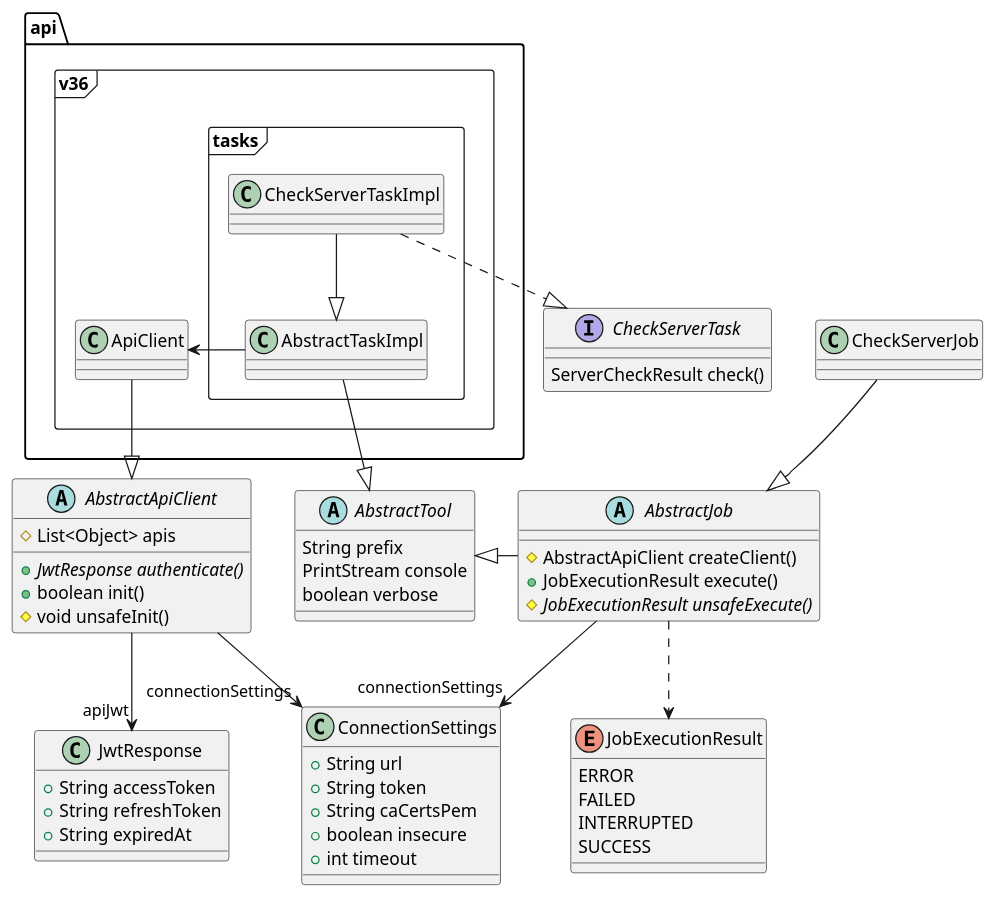
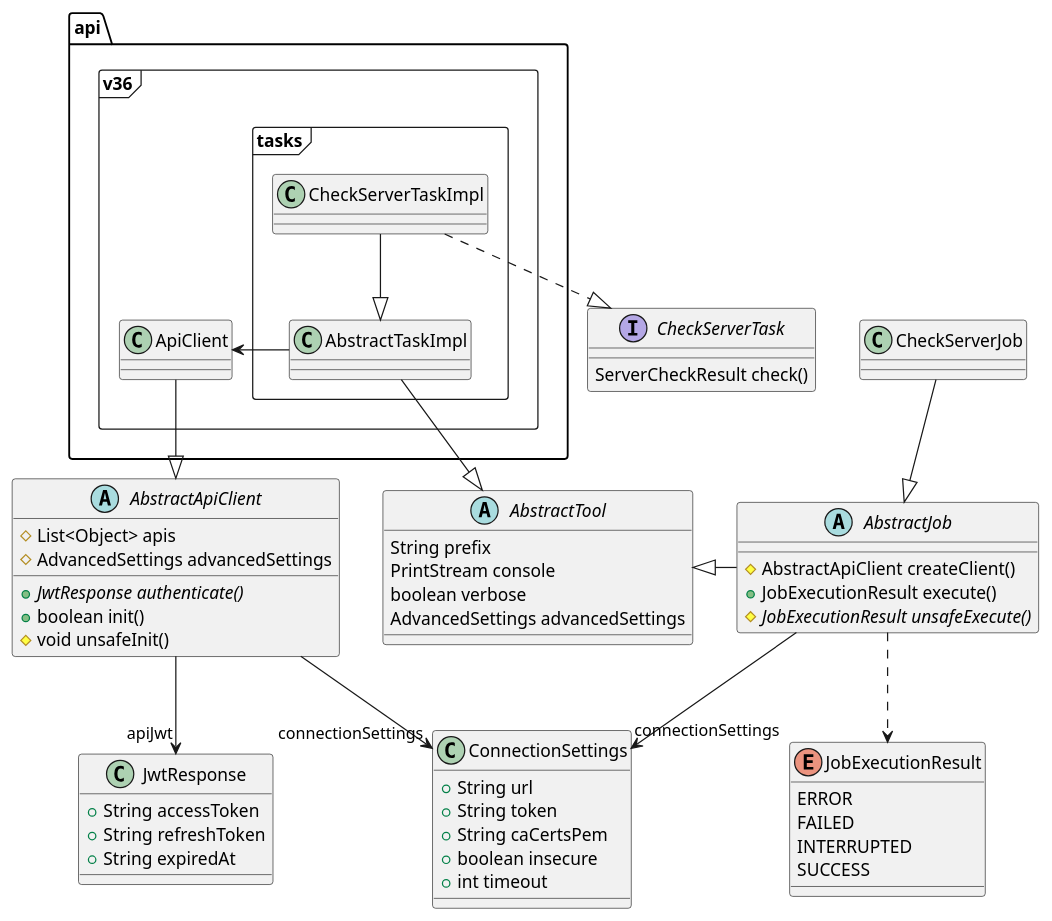
Before and after one commit to ZhukovAN/ptai-ee-tools: the diagram in generic-client-lib/docs/uml/tasks-and-jobs.puml, drawn with PlantUML. The commit also changed 35 other files, not shown here.

```diff
--- a/generic-client-lib/docs/uml/tasks-and-jobs.puml
+++ b/generic-client-lib/docs/uml/tasks-and-jobs.puml
@@ -1,78 +1,79 @@
 @startuml
 class ConnectionSettings {
     +String url
     +String token
     +String caCertsPem
     +boolean insecure
     +int timeout
 }
 
 class JwtResponse {
     +String accessToken
     +String refreshToken
     +String expiredAt
 }
 
 abstract class AbstractTool {
     String prefix
     PrintStream console
     boolean verbose
+    AdvancedSettings advancedSettings
 }
 
 enum JobExecutionResult {
     ERROR
     FAILED
     INTERRUPTED
     SUCCESS
 }
 
 abstract class AbstractJob {
     # AbstractApiClient createClient()
     + JobExecutionResult execute()
     # {abstract} JobExecutionResult unsafeExecute()
 }
 
 AbstractJob -left-|> AbstractTool
 
-
 class CheckServerJob {
 }
 
 CheckServerJob --|> AbstractJob
 
 abstract class AbstractApiClient {
     # List<Object> apis
+    # AdvancedSettings advancedSettings
     + {abstract} JwtResponse authenticate()
     + boolean init()
     # void unsafeInit()
 }
 
 AbstractApiClient -right[hidden]-|> AbstractTool
 
 interface CheckServerTask {
     ServerCheckResult check()
 }
 
 
 package api.v36 <<Frame>> {
     class ApiClient
 
     package tasks <<Frame>> {
         class CheckServerTaskImpl
         CheckServerTaskImpl --|> AbstractTaskImpl
         CheckServerTaskImpl ..|> CheckServerTask
 
         class AbstractTaskImpl
         AbstractTaskImpl --|> AbstractTool
     }
 }
 ApiClient --|> AbstractApiClient
 AbstractTaskImpl -left-> ApiClient
 
 AbstractApiClient --> "apiJwt" JwtResponse
 AbstractJob .down.> JobExecutionResult
 
 AbstractApiClient --> "connectionSettings" ConnectionSettings
 AbstractJob --> "connectionSettings" ConnectionSettings
 
 @enduml
```
